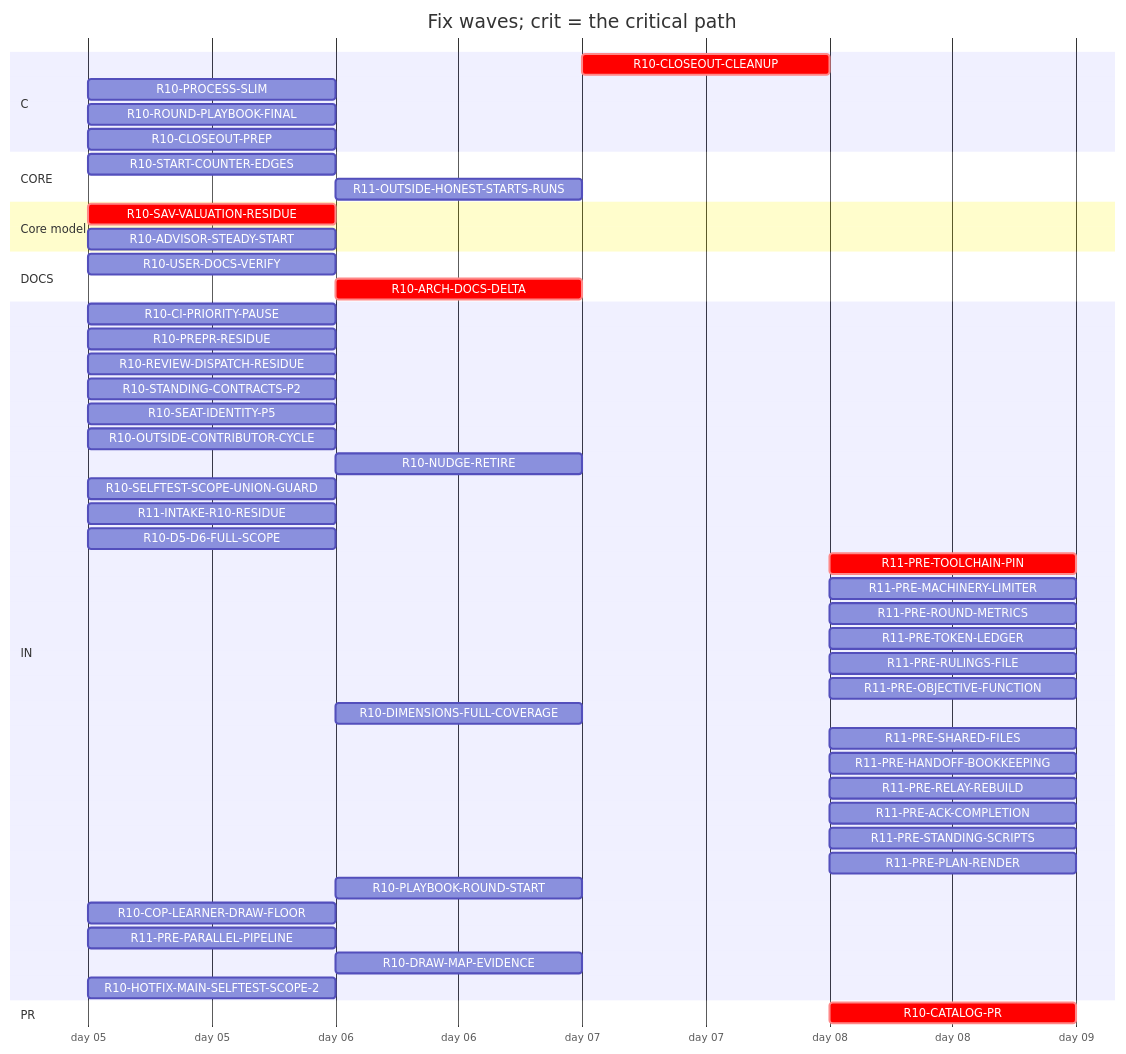
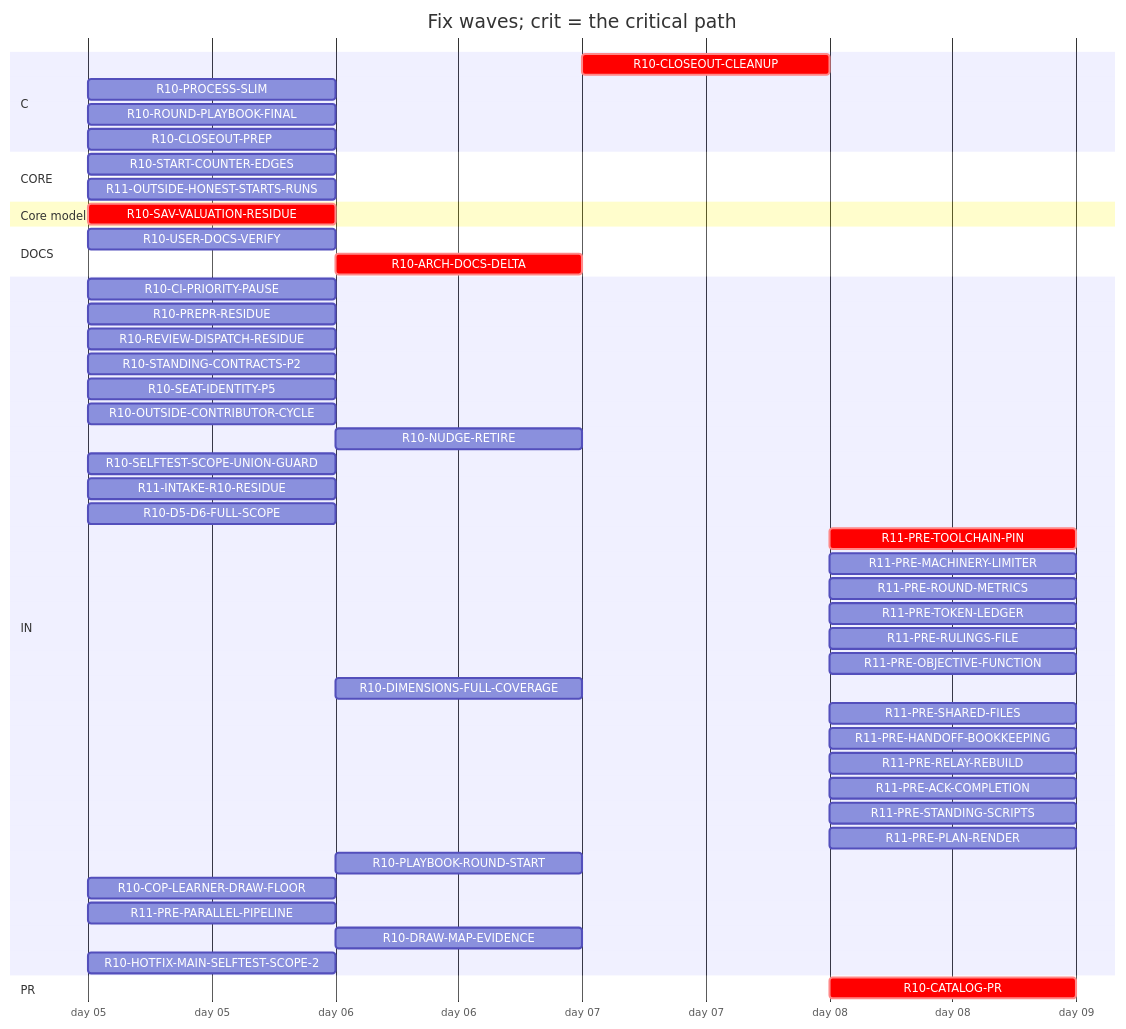
Before and after one commit to tvofi/heatpump_optimizer: the diagram in handoff/round10/state/PLAN-TABLE.md, drawn with Mermaid. The commit also changed other lines of this file and 3 other files, not shown here.

Commit message:
state: FLOW-BOARD.md, NEXT-SESSION-PROMPT.md, PLAN-TABLE.md, RESUME-CURRENT.md regenerated (state_docs.py)

````diff
--- a/handoff/round10/state/PLAN-TABLE.md
+++ b/handoff/round10/state/PLAN-TABLE.md
@@ -19,51 +19,50 @@
 ```mermaid
 gantt
   title Fix waves; crit = the critical path
   dateFormat YYYY-MM-DD
   axisFormat day %d
   section C
     R10-CLOSEOUT-CLEANUP :crit, r10CLOSEOUTCLEANUP, after r10USERDOCSVERIFY r10CLOSEOUTPREP r10ARCHDOCSDELTA, 1d
     R10-PROCESS-SLIM :r10PROCESSSLIM, 2026-01-05, 1d
     R10-ROUND-PLAYBOOK-FINAL :r10ROUNDPLAYBOOKFINAL, 2026-01-05, 1d
     R10-CLOSEOUT-PREP :r10CLOSEOUTPREP, 2026-01-05, 1d
   section CORE
     R10-START-COUNTER-EDGES :r10STARTCOUNTEREDGES, 2026-01-05, 1d
-    R11-OUTSIDE-HONEST-STARTS-RUNS :r11OUTSIDEHONESTSTARTSRUNS, after r10ADVISORSTEADYSTART, 1d
+    R11-OUTSIDE-HONEST-STARTS-RUNS :r11OUTSIDEHONESTSTARTSRUNS, 2026-01-05, 1d
   section Core model
     R10-SAV-VALUATION-RESIDUE :crit, r10SAVVALUATIONRESIDUE, 2026-01-05, 1d
-    R10-ADVISOR-STEADY-START :r10ADVISORSTEADYSTART, 2026-01-05, 1d
   section DOCS
     R10-USER-DOCS-VERIFY :r10USERDOCSVERIFY, 2026-01-05, 1d
-    R10-ARCH-DOCS-DELTA :crit, r10ARCHDOCSDELTA, after r10SAVVALUATIONRESIDUE r10ADVISORSTEADYSTART, 1d
+    R10-ARCH-DOCS-DELTA :crit, r10ARCHDOCSDELTA, after r10SAVVALUATIONRESIDUE, 1d
   section IN
     R10-CI-PRIORITY-PAUSE :r10CIPRIORITYPAUSE, 2026-01-05, 1d
     R10-PREPR-RESIDUE :r10PREPRRESIDUE, 2026-01-05, 1d
     R10-REVIEW-DISPATCH-RESIDUE :r10REVIEWDISPATCHRESIDUE, 2026-01-05, 1d
     R10-STANDING-CONTRACTS-P2 :r10STANDINGCONTRACTSP2, 2026-01-05, 1d
     R10-SEAT-IDENTITY-P5 :r10SEATIDENTITYP5, 2026-01-05, 1d
     R10-OUTSIDE-CONTRIBUTOR-CYCLE :r10OUTSIDECONTRIBUTORCYCLE, 2026-01-05, 1d
     R10-NUDGE-RETIRE :r10NUDGERETIRE, after r10ROUNDPLAYBOOKFINAL, 1d
     R10-SELFTEST-SCOPE-UNION-GUARD :r10SELFTESTSCOPEUNIONGUARD, 2026-01-05, 1d
     R11-INTAKE-R10-RESIDUE :r11INTAKER10RESIDUE, 2026-01-05, 1d
     R10-D5-D6-FULL-SCOPE :r10D5D6FULLSCOPE, 2026-01-05, 1d
     R11-PRE-TOOLCHAIN-PIN :crit, r11PRETOOLCHAINPIN, after r10CATALOGPR, 1d
     R11-PRE-MACHINERY-LIMITER :r11PREMACHINERYLIMITER, after r10CATALOGPR, 1d
     R11-PRE-ROUND-METRICS :r11PREROUNDMETRICS, after r10CATALOGPR, 1d
     R11-PRE-TOKEN-LEDGER :r11PRETOKENLEDGER, after r10CATALOGPR, 1d
     R11-PRE-RULINGS-FILE :r11PRERULINGSFILE, after r10CATALOGPR, 1d
     R11-PRE-OBJECTIVE-FUNCTION :r11PREOBJECTIVEFUNCTION, after r10CATALOGPR, 1d
     R10-DIMENSIONS-FULL-COVERAGE :r10DIMENSIONSFULLCOVERAGE, after r10D5D6FULLSCOPE, 1d
     R11-PRE-SHARED-FILES :r11PRESHAREDFILES, after r10CATALOGPR, 1d
     R11-PRE-HANDOFF-BOOKKEEPING :r11PREHANDOFFBOOKKEEPING, after r10CATALOGPR, 1d
     R11-PRE-RELAY-REBUILD :r11PRERELAYREBUILD, after r10CATALOGPR, 1d
     R11-PRE-ACK-COMPLETION :r11PREACKCOMPLETION, after r10CATALOGPR, 1d
     R11-PRE-STANDING-SCRIPTS :r11PRESTANDINGSCRIPTS, after r10CATALOGPR, 1d
     R11-PRE-PLAN-RENDER :r11PREPLANRENDER, after r10CATALOGPR, 1d
     R10-PLAYBOOK-ROUND-START :r10PLAYBOOKROUNDSTART, after r10ROUNDPLAYBOOKFINAL, 1d
     R10-COP-LEARNER-DRAW-FLOOR :r10COPLEARNERDRAWFLOOR, 2026-01-05, 1d
     R11-PRE-PARALLEL-PIPELINE :r11PREPARALLELPIPELINE, 2026-01-05, 1d
     R10-DRAW-MAP-EVIDENCE :r10DRAWMAPEVIDENCE, after r10COPLEARNERDRAWFLOOR, 1d
     R10-HOTFIX-MAIN-SELFTEST-SCOPE-2 :r10HOTFIXMAINSELFTESTSCOPE2, 2026-01-05, 1d
   section PR
     R10-CATALOG-PR :crit, r10CATALOGPR, after r10USERDOCSVERIFY r10CLOSEOUTCLEANUP r10CLOSEOUTPREP r10ARCHDOCSDELTA, 1d
 ```
````
